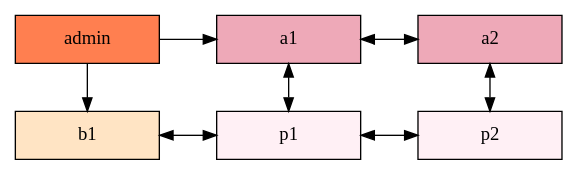
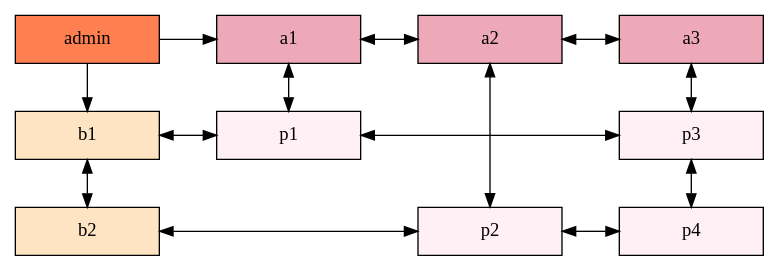
The diagram in [EDD]Proyecto1/[EDD]Proyecto1/MatrizDispersa.dot (diemorales96/-EDD-Proyecto1), drawn with Graphviz before and after one commit. The commit also changed 11 other files, not shown here.

```diff
--- a/[EDD]Proyecto1/[EDD]Proyecto1/MatrizDispersa.dot
+++ b/[EDD]Proyecto1/[EDD]Proyecto1/MatrizDispersa.dot
@@ -1,40 +1,56 @@
 digraph Matriz{ 
 node [shape=box]
 graph[ranksep = "0.5", nodesep="0.6"];
 admin[ label = "admin", width = 1.5, style = filled, fillcolor = coral, group = 0 ];
 
 Filab1 [label = "b1" width = 1.5 style = filled, fillcolor = bisque1, group = 0 ];
+Filab2 [label = "b2" width = 1.5 style = filled, fillcolor = bisque1, group = 0 ];
 
  //Enlaces de Filas
+Filab1->Filab2 [dir = both];
 
  //Columnas
 //Cada una con diferente group para alinear verticalmente con los nodos
 Columna1[label = "a1" width = 1.5 style = filled, fillcolor = pink2, group = a1];
 Columna2[label = "a2" width = 1.5 style = filled, fillcolor = pink2, group = a2];
+Columna3[label = "a3" width = 1.5 style = filled, fillcolor = pink2, group = a3];
 
  //Enlaces de Columnas
 Columna1->Columna2 [dir = both];
+Columna2->Columna3 [dir = both];
 
  // Alinear Raiz con Columnas
-{rank = same; admin; Columna1;  Columna2; };
+{rank = same; admin; Columna1;  Columna2;  Columna3; };
 
  // Enlaces Raiz con primera fila y columna
 admin->Columna1;
 admin->Filab1;
 
  //Creacion de nodos
 //(^<---------------------- F I L A   b1---------------------->
 Na1_Fb1 [label = "p1" width = 1.5 group = a1 style = filled, fillcolor = lavenderblush1];
-Na2_Fb1 [label = "p2" width = 1.5 group = a2 style = filled, fillcolor = lavenderblush1];
+Na3_Fb1 [label = "p3" width = 1.5 group = a3 style = filled, fillcolor = lavenderblush1];
+
+//(^<---------------------- F I L A   b2---------------------->
+Na2_Fb2 [label = "p2" width = 1.5 group = a2 style = filled, fillcolor = lavenderblush1];
+Na3_Fb2 [label = "p4" width = 1.5 group = a3 style = filled, fillcolor = lavenderblush1];
 
 
  //Creacion de enlaces de nodos
 //E N L A C E S  F I L A   b1
 Columna1->Na1_Fb1 [dir = both];
 Filab1->Na1_Fb1 [dir = both];
-Na1_Fb1->Na2_Fb1 [dir = both];
-Columna2->Na2_Fb1 [dir = both];
+Na1_Fb1->Na3_Fb1 [dir = both];
+Columna3->Na3_Fb1 [dir = both];
 //Alineacion vertical de nodos con la fila
-{rank = same; Filab1; Na1_Fb1; Na2_Fb1;  };
+{rank = same; Filab1; Na1_Fb1; Na3_Fb1;  };
+
+//E N L A C E S  F I L A   b2
+Columna2->Na2_Fb2 [dir = both];
+Filab2->Na2_Fb2 [dir = both];
+Na2_Fb2->Na3_Fb2 [dir = both];
+Na3_Fb2->Na3_Fb1 [dir = both];
+//Alineacion vertical de nodos con la fila
+{rank = same; Filab2; Na2_Fb2; Na3_Fb2;  };
 
 }
```
